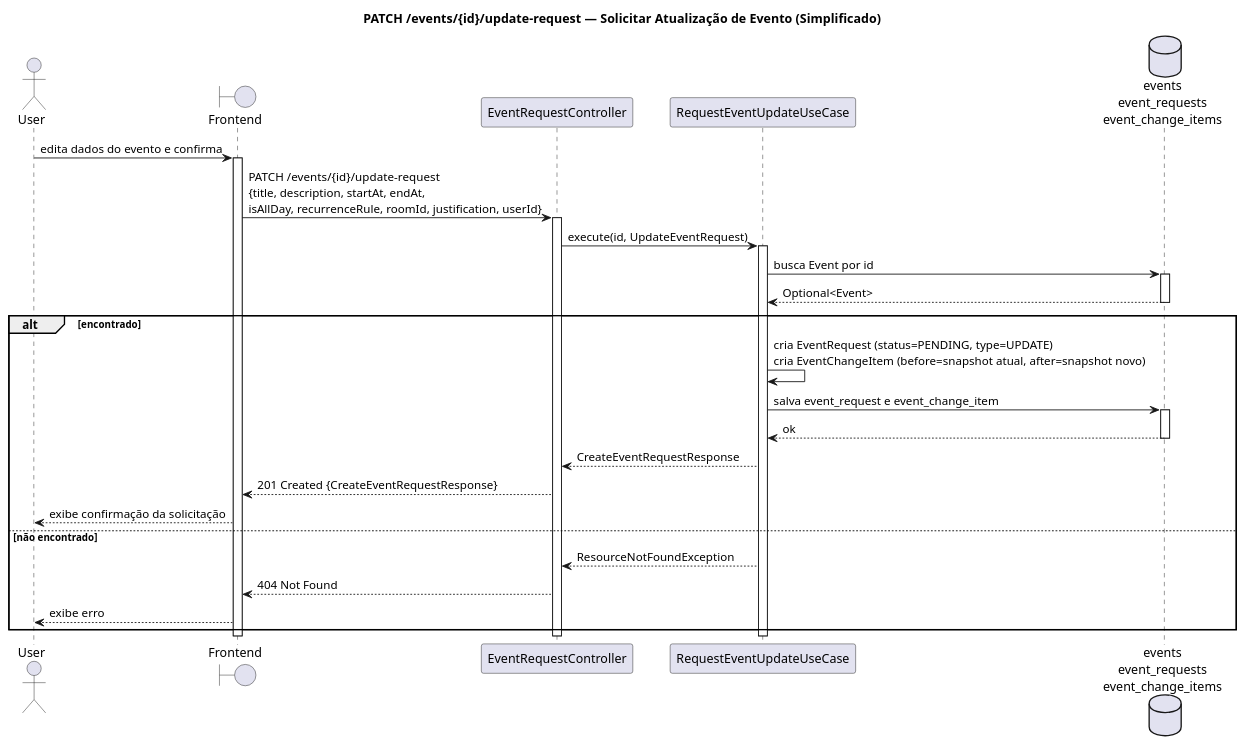
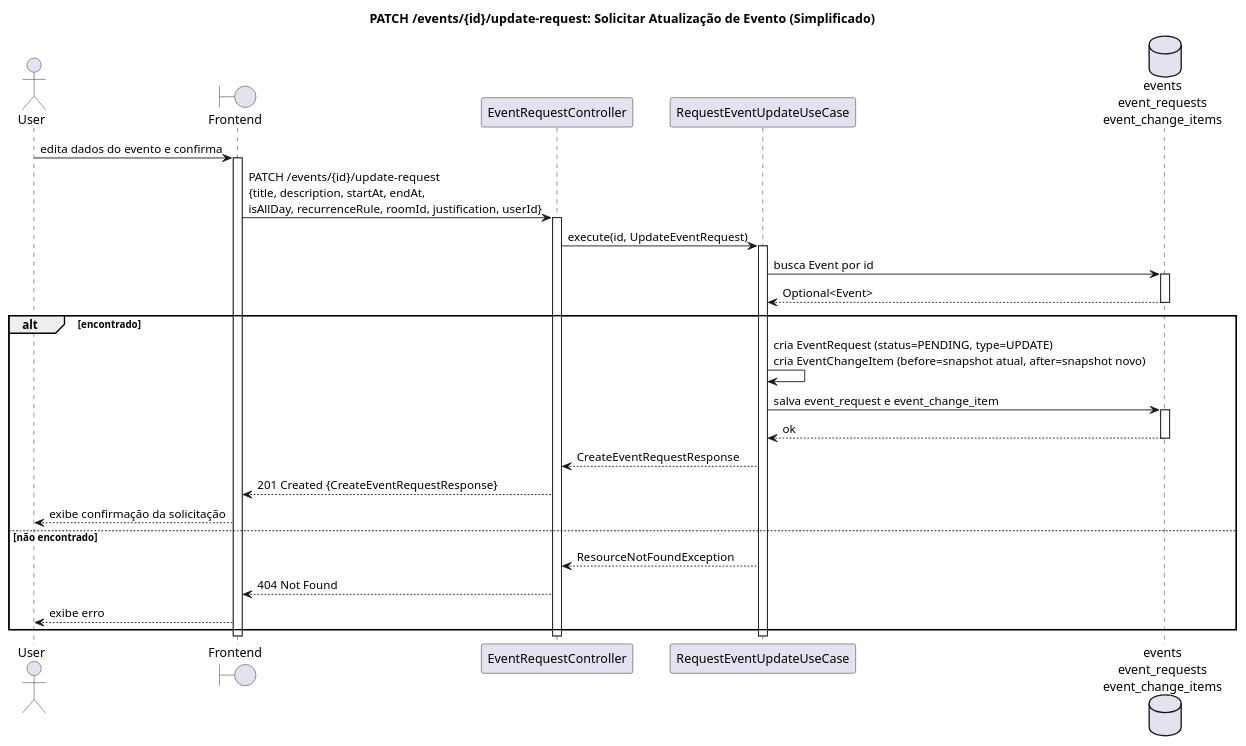
Before and after one commit to Neoguara/rooms-diagrams: the diagram in src/plantuml/sequencia/event/request_event_update_simple.puml, drawn with PlantUML. The commit also changed 73 other files, not shown here.

```diff
--- a/src/plantuml/sequencia/event/request_event_update_simple.puml
+++ b/src/plantuml/sequencia/event/request_event_update_simple.puml
@@ -1,45 +1,45 @@
 @startuml request_event_update_simple
 
-title PATCH /events/{id}/update-request — Solicitar Atualização de Evento (Simplificado)
+title PATCH /events/{id}/update-request: Solicitar Atualização de Evento (Simplificado)
 
 actor User
 boundary "Frontend" as FE
 participant "EventRequestController" as Ctrl
 participant "RequestEventUpdateUseCase" as UC
 database "events\nevent_requests\nevent_change_items" as DB
 
 User -> FE: edita dados do evento e confirma
 activate FE
 FE -> Ctrl: PATCH /events/{id}/update-request\n{title, description, startAt, endAt,\nisAllDay, recurrenceRule, roomId, justification, userId}
 activate Ctrl
 
 Ctrl -> UC: execute(id, UpdateEventRequest)
 activate UC
 
 UC -> DB: busca Event por id
 activate DB
 DB --> UC: Optional<Event>
 deactivate DB
 
 alt encontrado
   UC -> UC: cria EventRequest (status=PENDING, type=UPDATE)\ncria EventChangeItem (before=snapshot atual, after=snapshot novo)
 
   UC -> DB: salva event_request e event_change_item
   activate DB
   DB --> UC: ok
   deactivate DB
 
   UC --> Ctrl: CreateEventRequestResponse
   Ctrl --> FE: 201 Created {CreateEventRequestResponse}
   FE --> User: exibe confirmação da solicitação
 else não encontrado
   UC --> Ctrl: ResourceNotFoundException
   Ctrl --> FE: 404 Not Found
   FE --> User: exibe erro
 end
 
 deactivate UC
 deactivate Ctrl
 deactivate FE
 
 @enduml
```
